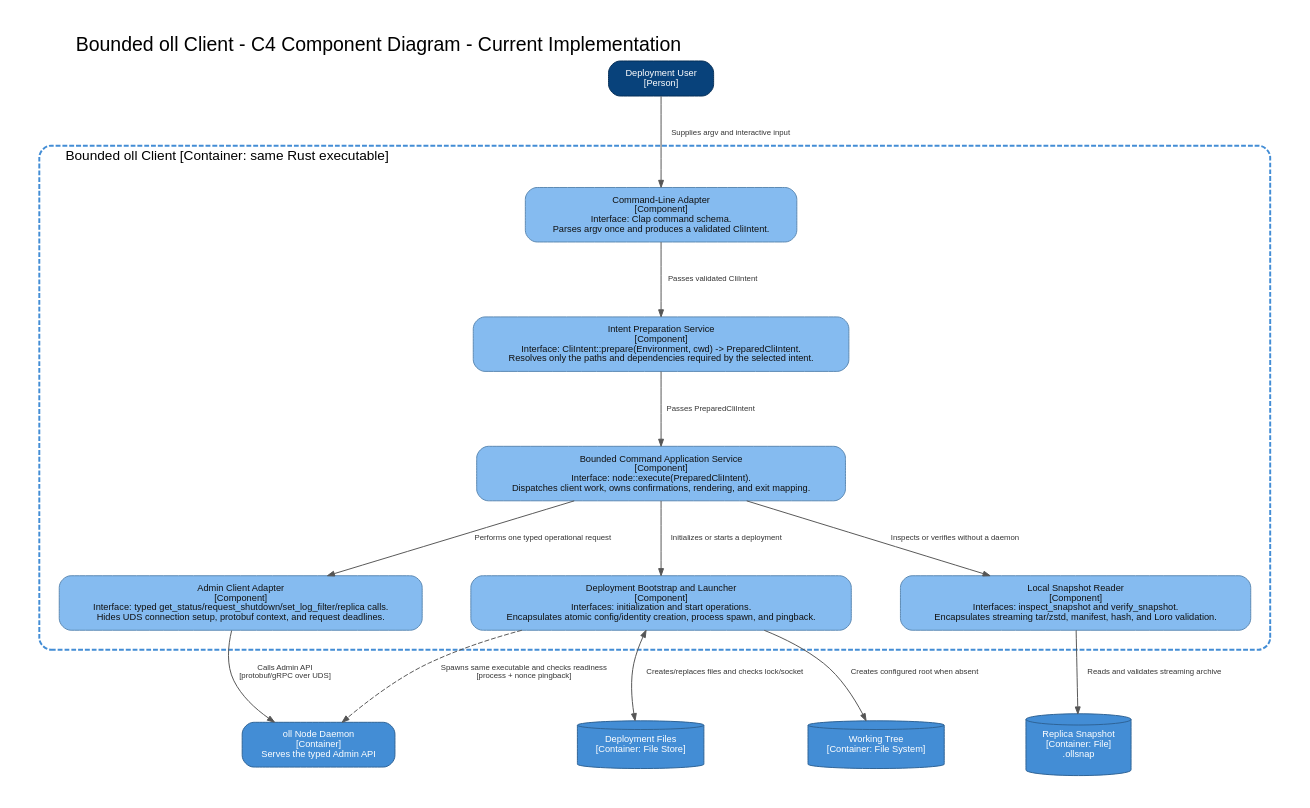
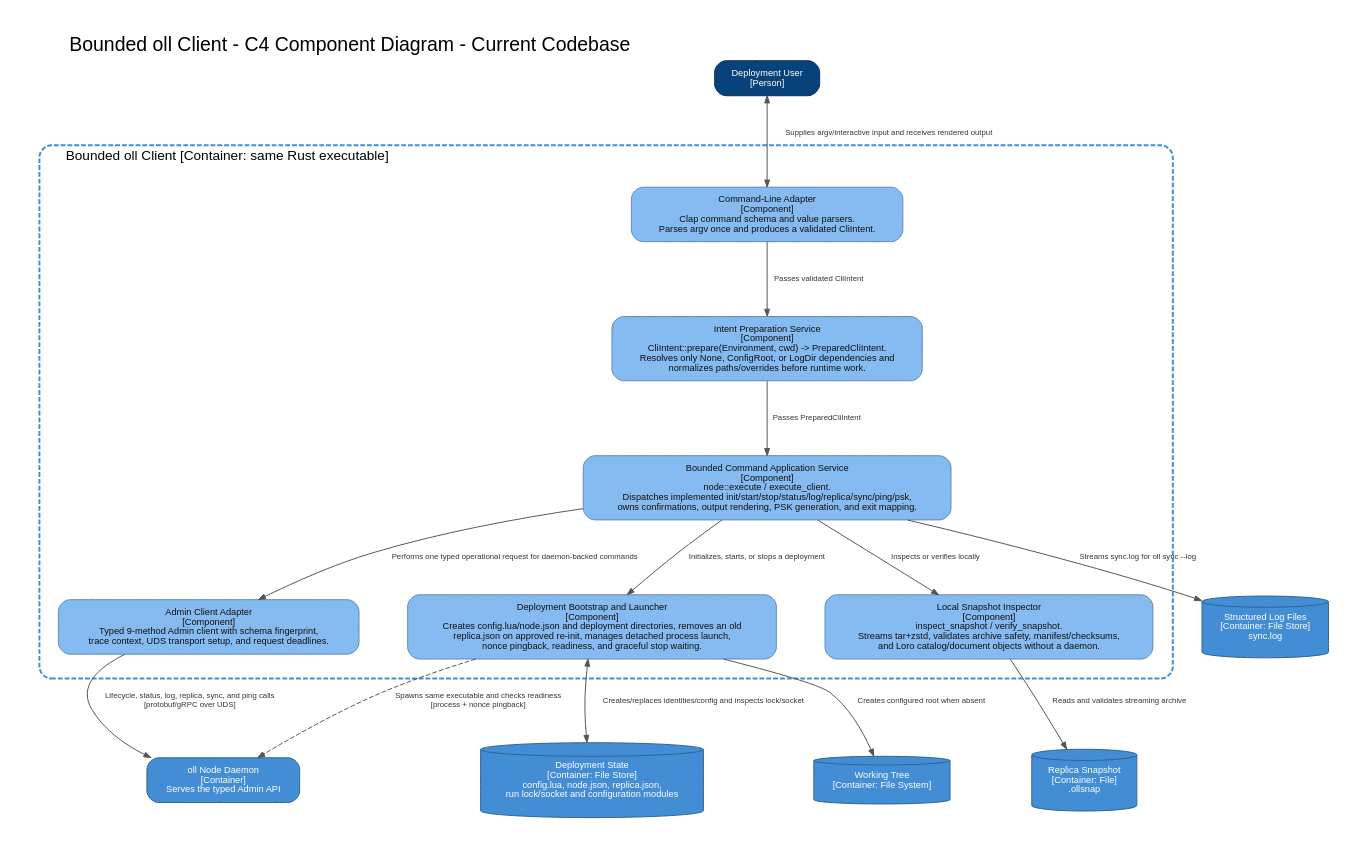
One commit to onelastleaf/onelastleaf changed the diagram in docs/c4-architecture/bounded-client-components.dot. Above: the diagram before and after it, drawn with Graphviz. The commit also changed 5 other files, not shown here.

First line of the commit message:
docs(c4-architecture): align diagrams with current codebase

```diff
--- a/docs/c4-architecture/bounded-client-components.dot
+++ b/docs/c4-architecture/bounded-client-components.dot
@@ -1,123 +1,144 @@
-// C4 bounded-client component model for the architecture currently implemented in src/.
-// Sync and plugin protobuf contracts and CLI syntax are intentionally absent:
-// they do not yet have runtime components in the current implementation.
+// C4 component model of bounded oll client executions derived from src/.
+// Plugin and job intents are parsed but intentionally excluded here because
+// execute_client currently has no production handler for them.
 
 digraph C4_Bounded_Client_Components {
   graph [
-    label="Bounded oll Client - C4 Component Diagram - Current Implementation",
+    label="Bounded oll Client - C4 Component Diagram - Current Codebase",
     labelloc=t,
     labeljust=l,
     fontsize=20,
     fontname="Helvetica",
     bgcolor="white",
     pad=0.35,
     nodesep=0.7,
     ranksep=0.95,
     compound=true
   ];
   node [shape=box, style="rounded,filled", fontname="Helvetica", fontsize=9.5, margin="0.17,0.11"];
   edge [fontname="Helvetica", fontsize=8, color="#555555", fontcolor="#333333", arrowsize=0.72];
 
   user [
     label="Deployment User\n[Person]",
     fillcolor="#08427B",
     fontcolor="white",
     color="#052E56"
   ];
   daemon [
     label="oll Node Daemon\n[Container]\nServes the typed Admin API",
     fillcolor="#438DD5",
     fontcolor="white",
     color="#2E6295"
   ];
-  deployment_files [
+  deployment_state [
     shape=cylinder,
-    label="Deployment Files\n[Container: File Store]",
+    label="Deployment State\n[Container: File Store]\nconfig.lua, node.json, replica.json,\nrun lock/socket and configuration modules",
     fillcolor="#438DD5",
     fontcolor="white",
     color="#2E6295"
   ];
   working_tree [
     shape=cylinder,
     label="Working Tree\n[Container: File System]",
+    fillcolor="#438DD5",
+    fontcolor="white",
+    color="#2E6295"
+  ];
+  logs [
+    shape=cylinder,
+    label="Structured Log Files\n[Container: File Store]\nsync.log",
     fillcolor="#438DD5",
     fontcolor="white",
     color="#2E6295"
   ];
   snapshot [
     shape=cylinder,
     label="Replica Snapshot\n[Container: File]\n.ollsnap",
     fillcolor="#438DD5",
     fontcolor="white",
     color="#2E6295"
   ];
 
   subgraph cluster_client {
     label="Bounded oll Client [Container: same Rust executable]";
     labelloc=t;
     labeljust=l;
     fontsize=14;
     fontname="Helvetica";
     color="#438DD5";
     penwidth=2;
     style="rounded,dashed";
     margin=20;
 
     cli_adapter [
-      label="Command-Line Adapter\n[Component]\nInterface: Clap command schema.\nParses argv once and produces a validated CliIntent.",
+      label="Command-Line Adapter\n[Component]\nClap command schema and value parsers.\nParses argv once and produces a validated CliIntent.",
       fillcolor="#85BBF0",
       fontcolor="#111111",
       color="#5B88B2"
     ];
 
     intent_preparer [
-      label="Intent Preparation Service\n[Component]\nInterface: CliIntent::prepare(Environment, cwd) -> PreparedCliIntent.\nResolves only the paths and dependencies required by the selected intent.",
+      label="Intent Preparation Service\n[Component]\nCliIntent::prepare(Environment, cwd) -> PreparedCliIntent.\nResolves only None, ConfigRoot, or LogDir dependencies and\nnormalizes paths/overrides before runtime work.",
       fillcolor="#85BBF0",
       fontcolor="#111111",
       color="#5B88B2"
     ];
 
     client_app [
-      label="Bounded Command Application Service\n[Component]\nInterface: node::execute(PreparedCliIntent).\nDispatches client work, owns confirmations, rendering, and exit mapping.",
+      label="Bounded Command Application Service\n[Component]\nnode::execute / execute_client.\nDispatches implemented init/start/stop/status/log/replica/sync/ping/psk,\nowns confirmations, output rendering, PSK generation, and exit mapping.",
       fillcolor="#85BBF0",
       fontcolor="#111111",
       color="#5B88B2"
     ];
 
     admin_adapter [
-      label="Admin Client Adapter\n[Component]\nInterface: typed get_status/request_shutdown/set_log_filter/replica calls.\nHides UDS connection setup, protobuf context, and request deadlines.",
+      label="Admin Client Adapter\n[Component]\nTyped 9-method Admin client with schema fingerprint,\ntrace context, UDS transport setup, and request deadlines.",
       fillcolor="#85BBF0",
       fontcolor="#111111",
       color="#5B88B2"
     ];
 
     bootstrap [
-      label="Deployment Bootstrap and Launcher\n[Component]\nInterfaces: initialization and start operations.\nEncapsulates atomic config/identity creation, process spawn, and pingback.",
+      label="Deployment Bootstrap and Launcher\n[Component]\nCreates config.lua/node.json and deployment directories, removes an old\nreplica.json on approved re-init, manages detached process launch,\nnonce pingback, readiness, and graceful stop waiting.",
       fillcolor="#85BBF0",
       fontcolor="#111111",
       color="#5B88B2"
     ];
 
     snapshot_reader [
-      label="Local Snapshot Reader\n[Component]\nInterfaces: inspect_snapshot and verify_snapshot.\nEncapsulates streaming tar/zstd, manifest, hash, and Loro validation.",
+      label="Local Snapshot Inspector\n[Component]\ninspect_snapshot / verify_snapshot.\nStreams tar+zstd, validates archive safety, manifest/checksums,\nand Loro catalog/document objects without a daemon.",
       fillcolor="#85BBF0",
       fontcolor="#111111",
       color="#5B88B2"
     ];
   }
 
-  user -> cli_adapter [label="Supplies argv and interactive input"];
+  user -> cli_adapter [
+    dir=both,
+    label="Supplies argv/interactive input and receives rendered output"
+  ];
   cli_adapter -> intent_preparer [label="Passes validated CliIntent"];
   intent_preparer -> client_app [label="Passes PreparedCliIntent"];
 
-  client_app -> admin_adapter [label="Performs one typed operational request"];
-  admin_adapter -> daemon [label="Calls Admin API\n[protobuf/gRPC over UDS]"];
+  client_app -> admin_adapter [
+    label="Performs one typed operational request for daemon-backed commands"
+  ];
+  admin_adapter -> daemon [
+    label="Lifecycle, status, log, replica, sync, and ping calls\n[protobuf/gRPC over UDS]"
+  ];
 
-  client_app -> bootstrap [label="Initializes or starts a deployment"];
-  bootstrap -> deployment_files [dir=both, label="Creates/replaces files and checks lock/socket"];
+  client_app -> bootstrap [label="Initializes, starts, or stops a deployment"];
+  bootstrap -> deployment_state [
+    dir=both,
+    label="Creates/replaces identities/config and inspects lock/socket"
+  ];
   bootstrap -> working_tree [label="Creates configured root when absent"];
-  bootstrap -> daemon [label="Spawns same executable and checks readiness\n[process + nonce pingback]", style=dashed];
+  bootstrap -> daemon [
+    label="Spawns same executable and checks readiness\n[process + nonce pingback]",
+    style=dashed
+  ];
 
-  client_app -> snapshot_reader [label="Inspects or verifies without a daemon"];
+  client_app -> snapshot_reader [label="Inspects or verifies locally"];
   snapshot_reader -> snapshot [label="Reads and validates streaming archive"];
+  client_app -> logs [label="Streams sync.log for oll sync --log"];
 }
```
